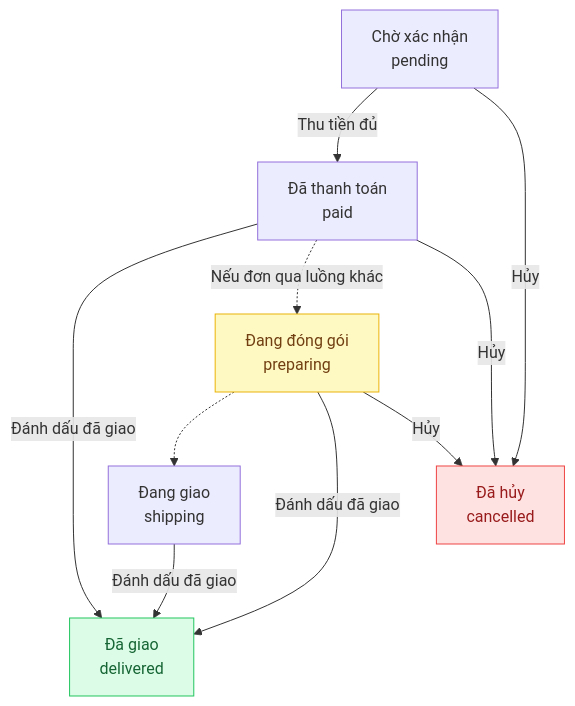
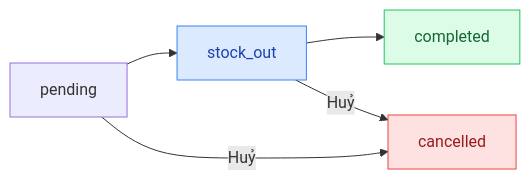
One commit to tiemtaphoakorea/tiemtaphoakorea changed the diagram in docs/guide/manager/orders.mdx. Above: the diagram before and after it, drawn with Mermaid. The commit also changed other lines of this file and 25 other files, not shown here.

````diff
--- a/docs/guide/manager/orders.mdx
+++ b/docs/guide/manager/orders.mdx
@@ -16,15 +35,9 @@
 ```mermaid
-flowchart TD
-    A["Chờ xác nhận<br/>pending"] -->|Thu tiền đủ| B["Đã thanh toán<br/>paid"]
-    B -->|Đánh dấu đã giao| D["Đã giao<br/>delivered"]
+flowchart LR
+    A[pending] --> B[stock_out] --> C[completed]
+    A & B -->|Huỷ| D[cancelled]
 
-    B -.->|Nếu đơn qua luồng khác| E["Đang đóng gói<br/>preparing"]
-    E -.-> C["Đang giao<br/>shipping"]
-    E & C -->|Đánh dấu đã giao| D
-
-    A & B & E -->|Hủy| F["Đã hủy<br/>cancelled"]
-
-    style F fill:#fee2e2,stroke:#ef4444,color:#991b1b
-    style D fill:#dcfce7,stroke:#22c55e,color:#166534
-    style E fill:#fef9c3,stroke:#eab308,color:#713f12
+    style D fill:#fee2e2,stroke:#ef4444,color:#991b1b
+    style C fill:#dcfce7,stroke:#22c55e,color:#166534
+    style B fill:#dbeafe,stroke:#3b82f6,color:#1e40af
 ```
````
